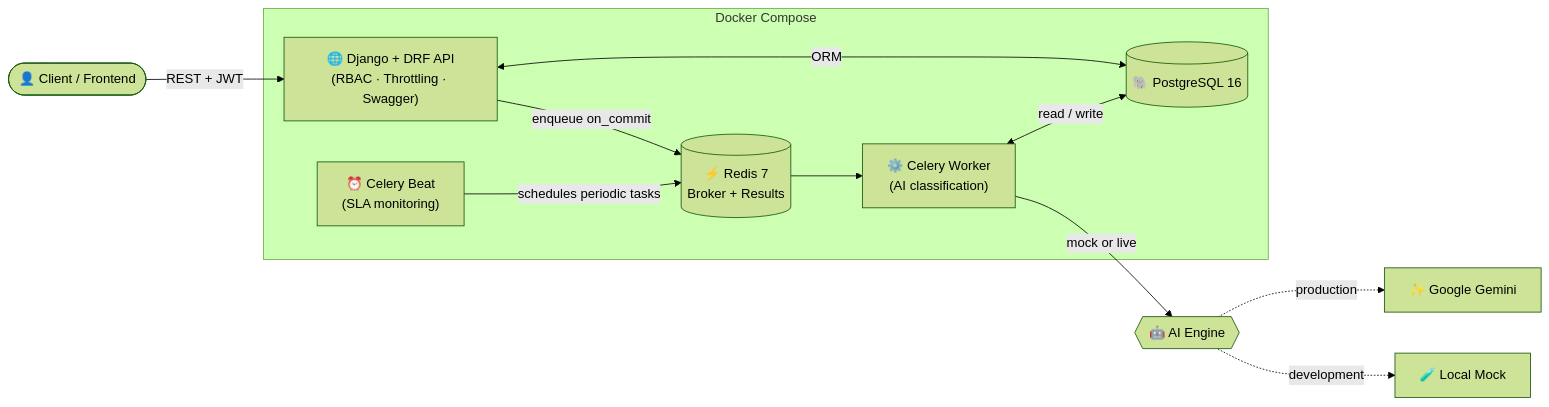
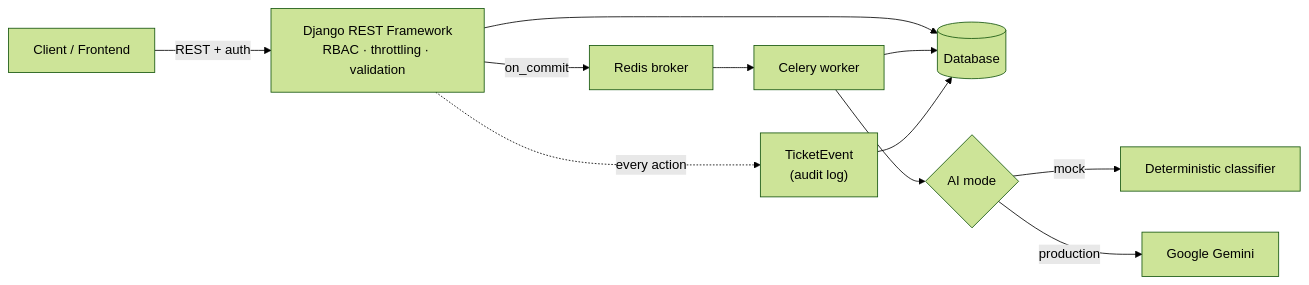
One commit to ShashankSingh2020/support-ticket-system changed the first of 2 diagrams in README.md. Above: the diagram before and after it, drawn with Mermaid (forest theme). The commit also changed other lines of this file, not shown here.

````diff
--- a/README.md
+++ b/README.md
@@ -67,21 +67,13 @@
 ```mermaid
 flowchart LR
-    C([👤 Client / Frontend]) -->|REST + JWT| API
-
-    subgraph Docker Compose
-        API["🌐 Django + DRF API<br/>(RBAC · Throttling · Swagger)"]
-        DB[("🐘 PostgreSQL 16")]
-        R[("⚡ Redis 7<br/>Broker + Results")]
-        W["⚙️ Celery Worker<br/>(AI classification)"]
-        B["⏰ Celery Beat<br/>(SLA monitoring)"]
-    end
-
-    API <-->|ORM| DB
-    API -->|"enqueue on_commit"| R
-    R --> W
-    B -->|schedules periodic tasks| R
-    W <-->|read / write| DB
-    W -->|mock or live| AI{{"🤖 AI Engine"}}
-    AI -.production.-> G["✨ Google Gemini"]
-    AI -.development.-> M["🧪 Local Mock"]
+    C["Client / Frontend"] -- "REST + auth" --> API["Django REST Framework<br/>RBAC · throttling · validation"]
+    API --> DB[("Database")]
+    API -- "on_commit" --> R["Redis broker"]
+    R --> W["Celery worker"]
+    W --> AI{"AI mode"}
+    AI -- "mock" --> M["Deterministic classifier"]
+    AI -- "production" --> G["Google Gemini"]
+    W --> DB
+    API -. "every action" .-> A["TicketEvent<br/>(audit log)"]
+    A --> DB
 ```
````
